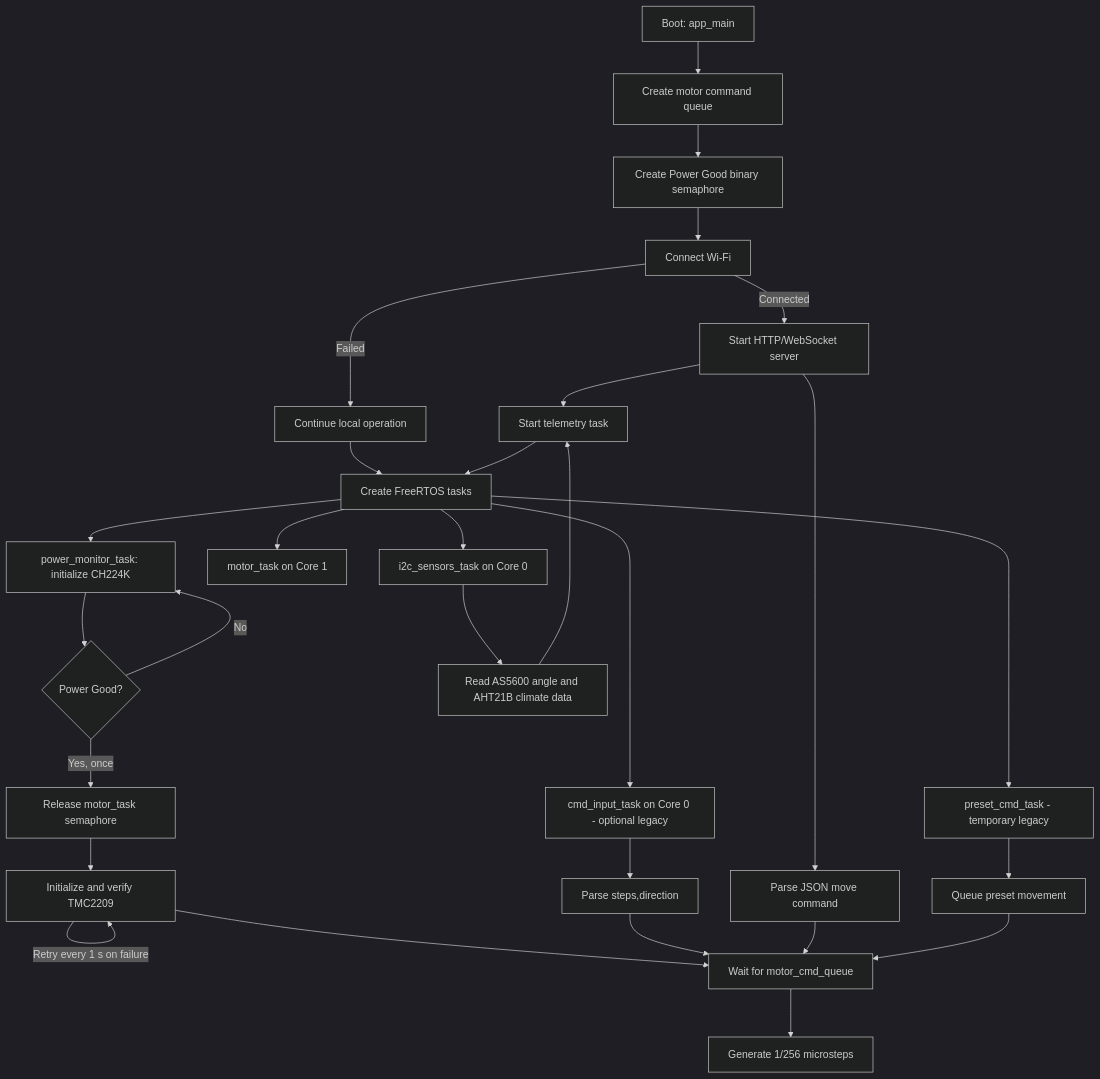
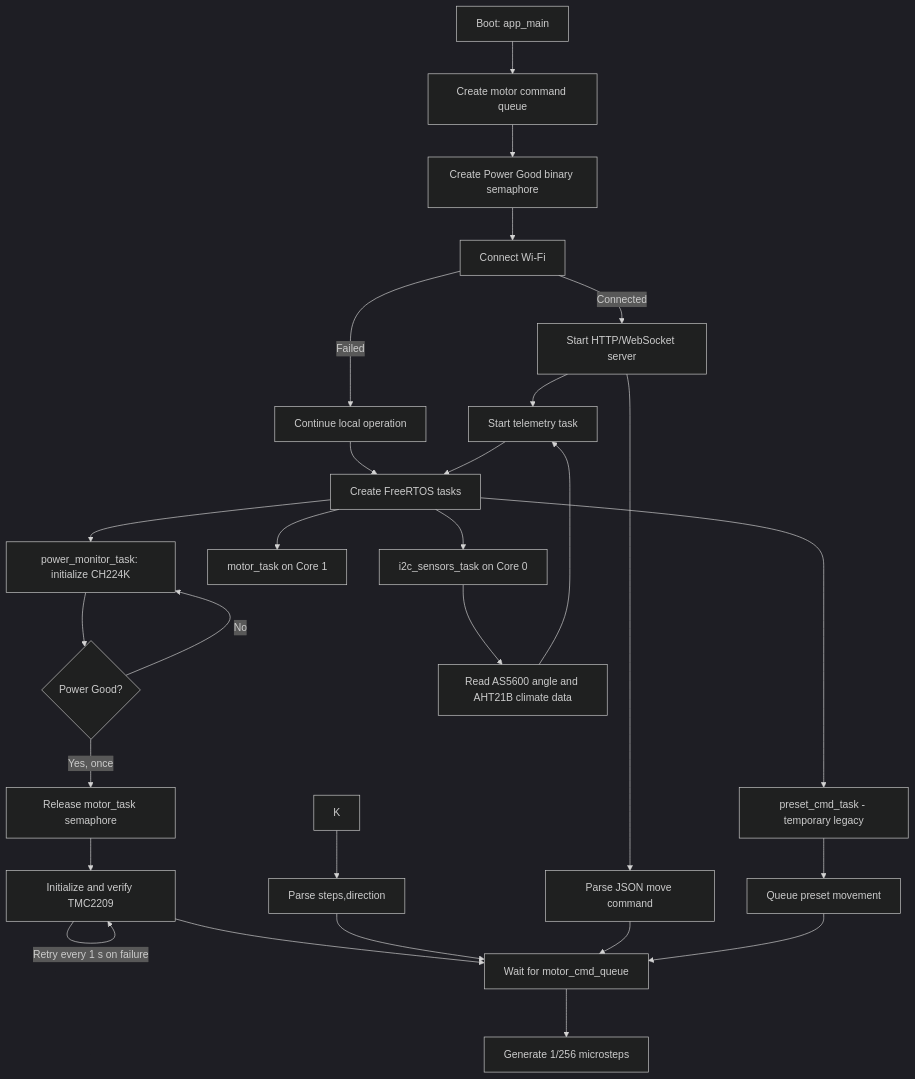
One commit to Fellbowl/alpaca-pcb changed the diagram in README.md. Above: the diagram before and after it, drawn with Mermaid (dark theme). The commit also changed 14 other files, not shown here.

````diff
--- a/README.md
+++ b/README.md
@@ -44,31 +44,30 @@
 ```mermaid
 flowchart TD
     A[Boot: app_main] --> B[Create motor command queue]
     B --> C[Create Power Good binary semaphore]
     C --> D[Connect Wi-Fi]
     D -->|Connected| E[Start HTTP/WebSocket server]
     D -->|Failed| F[Continue local operation]
     E --> G[Start telemetry task]
     F --> H[Create FreeRTOS tasks]
     G --> H
     H --> I[power_monitor_task: initialize CH224K]
     H --> J[motor_task on Core 1]
-   H --> K[cmd_input_task on Core 0 - optional legacy]
     H --> L[i2c_sensors_task on Core 0]
    H --> M[preset_cmd_task - temporary legacy]
     I --> N{Power Good?}
     N -->|No| I
     N -->|Yes, once| O[Release motor_task semaphore]
     O --> P[Initialize and verify TMC2209]
     P -->|Retry every 1 s on failure| P
     P --> Q[Wait for motor_cmd_queue]
     K --> R[Parse steps,direction]
     E --> S[Parse JSON move command]
     M --> T[Queue preset movement]
     R --> Q
     S --> Q
     T --> Q
     Q --> U[Generate 1/256 microsteps]
     L --> V[Read AS5600 angle and AHT21B climate data]
     V --> G
 ```
````
